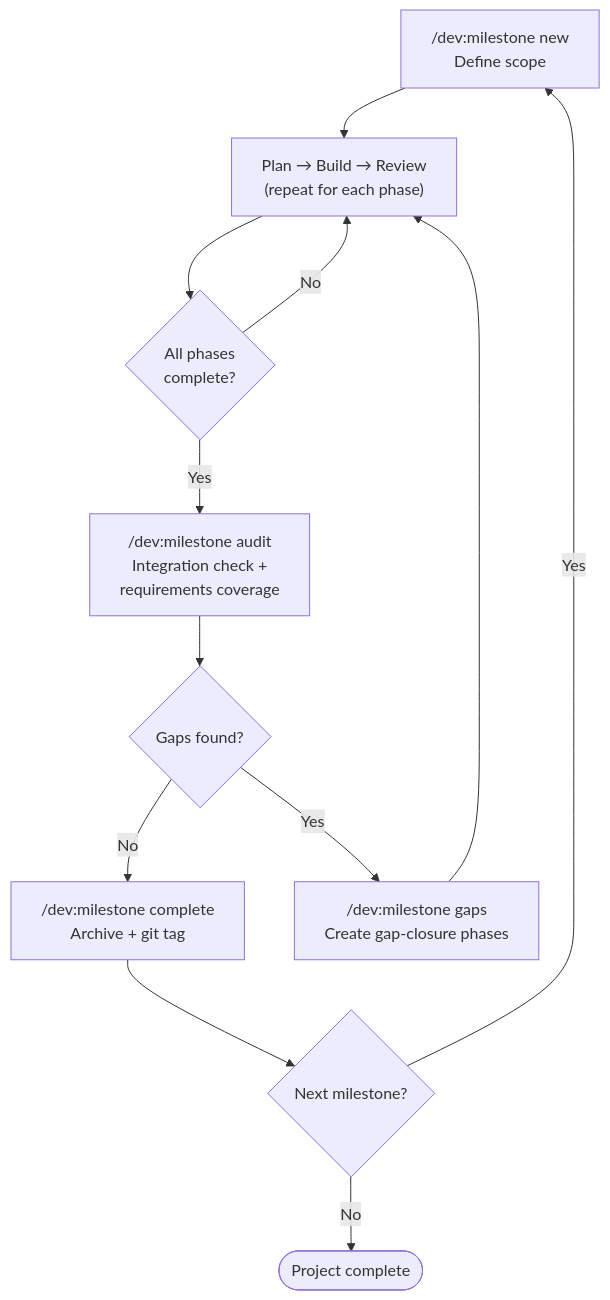
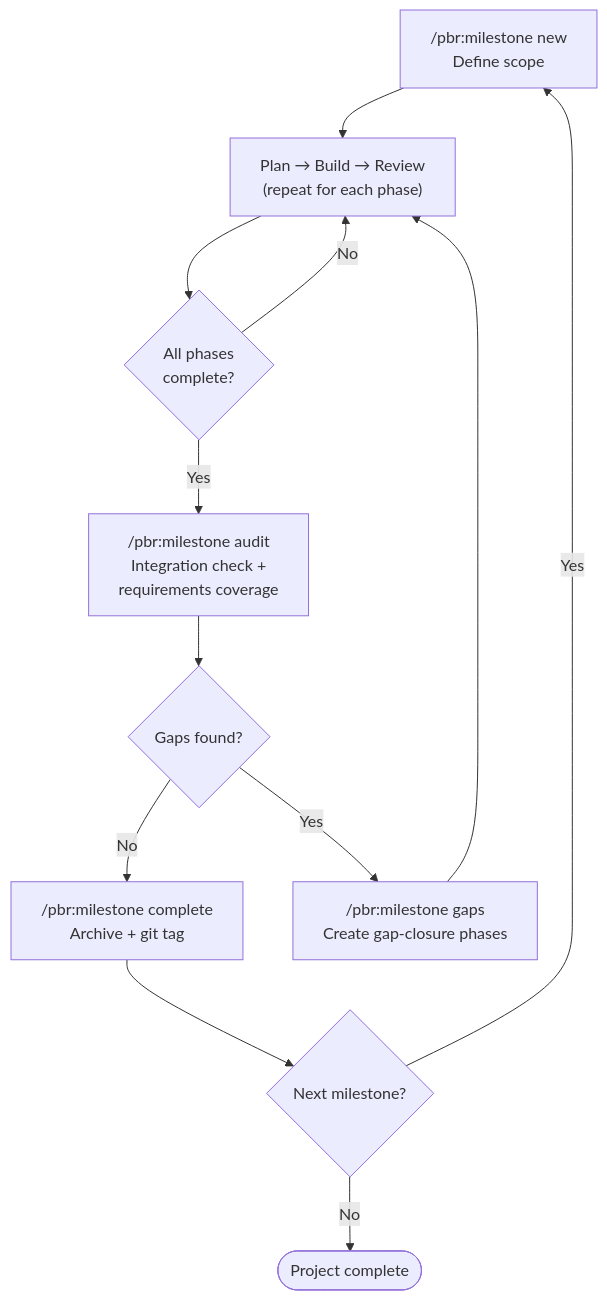
One commit to SienkLogic/plan-build-run changed the fourth of 5 diagrams in docs/WORKFLOW.md. Above: the diagram before and after it, drawn with Mermaid. The commit also changed other lines of this file and 358 other files, not shown here.

First line of the commit message:
feat(tools): rebrand towline to plan-build-run

````diff
--- a/docs/WORKFLOW.md
+++ b/docs/WORKFLOW.md
@@ -94,17 +94,17 @@
 ```mermaid
 flowchart TD
-    MNew["/dev:milestone new<br/>Define scope"] --> Phases["Plan → Build → Review<br/>(repeat for each phase)"]
+    MNew["/pbr:milestone new<br/>Define scope"] --> Phases["Plan → Build → Review<br/>(repeat for each phase)"]
 
     Phases --> AllDone{All phases<br/>complete?}
     AllDone -->|No| Phases
-    AllDone -->|Yes| Audit["/dev:milestone audit<br/>Integration check +<br/>requirements coverage"]
+    AllDone -->|Yes| Audit["/pbr:milestone audit<br/>Integration check +<br/>requirements coverage"]
 
     Audit --> AuditResult{Gaps found?}
-    AuditResult -->|No| Complete["/dev:milestone complete<br/>Archive + git tag"]
-    AuditResult -->|Yes| GapPhases["/dev:milestone gaps<br/>Create gap-closure phases"]
+    AuditResult -->|No| Complete["/pbr:milestone complete<br/>Archive + git tag"]
+    AuditResult -->|Yes| GapPhases["/pbr:milestone gaps<br/>Create gap-closure phases"]
     GapPhases --> Phases
 
     Complete --> NextMilestone{Next milestone?}
     NextMilestone -->|Yes| MNew
     NextMilestone -->|No| Done([Project complete])
 ```
````
